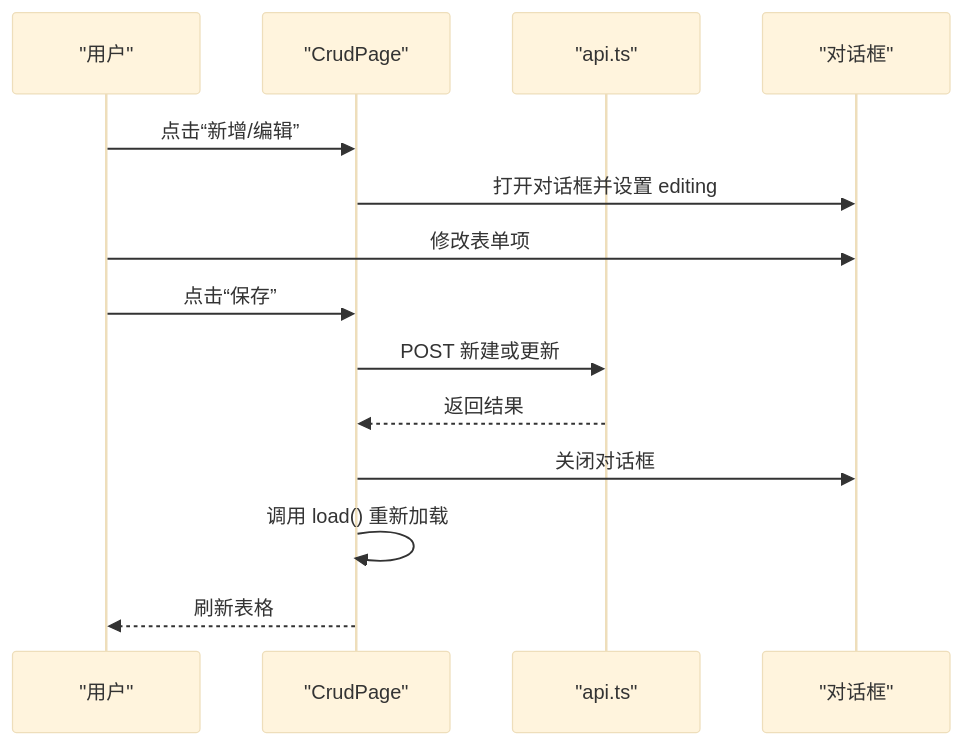
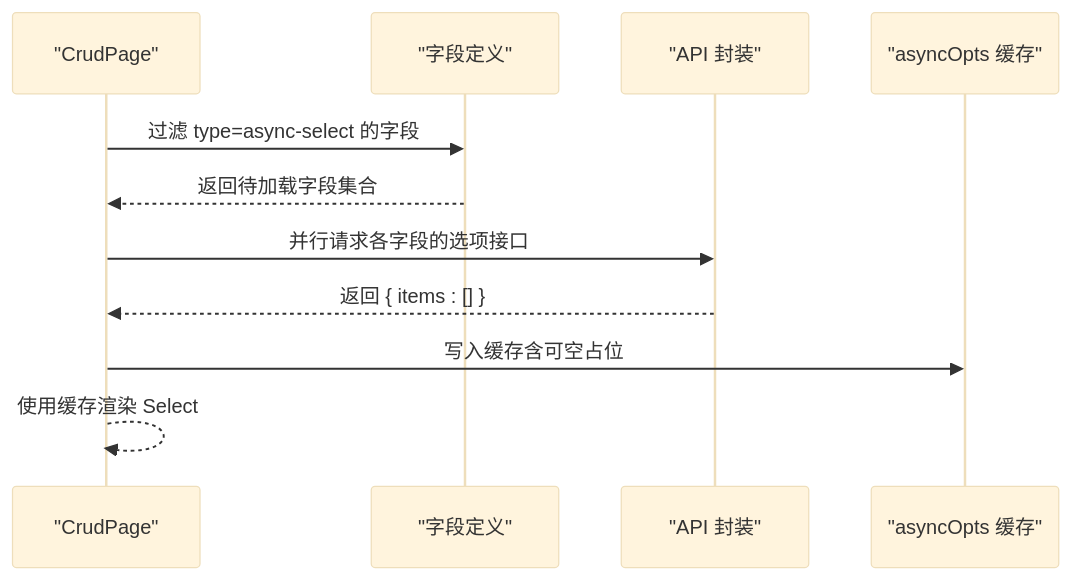
Before and after one commit to x01n/My-OpenWaf: the fourth of 6 diagrams in docs/前端管理界面/组件设计模式/CRUD 页面组件.md, drawn with Mermaid (base theme). The commit also changed other lines of this file and 199 other files, not shown here.

````diff
--- a/docs/前端管理界面/组件设计模式/CRUD 页面组件.md
+++ b/docs/前端管理界面/组件设计模式/CRUD 页面组件.md
@@ -240,16 +193,13 @@
 ```mermaid
 sequenceDiagram
-participant U as "用户"
 participant CP as "CrudPage"
-participant API as "api.ts"
-participant D as "对话框"
-U->>CP : 点击“新增/编辑”
-CP->>D : 打开对话框并设置 editing
-U->>D : 修改表单项
-U->>CP : 点击“保存”
-CP->>API : POST 新建或更新
-API-->>CP : 返回结果
-CP->>D : 关闭对话框
-CP->>CP : 调用 load() 重新加载
-CP-->>U : 刷新表格
+participant Fields as "字段定义"
+participant API as "API 封装"
+participant Cache as "asyncOpts 缓存"
+CP->>Fields : 过滤 type=async-select 的字段
+Fields-->>CP : 返回待加载字段集合
+CP->>API : 并行请求各字段的选项接口
+API-->>CP : 返回 { items : [] }
+CP->>Cache : 写入缓存含可空占位
+CP-->>CP : 使用缓存渲染 Select
 ```
````
